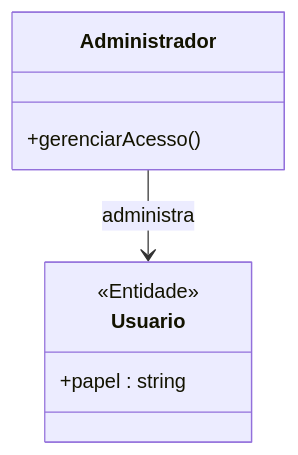
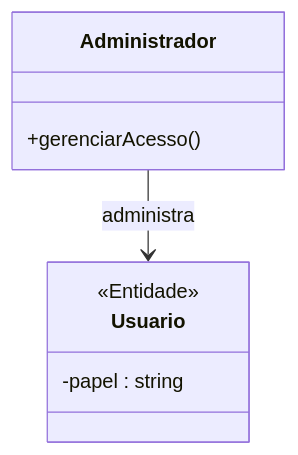
The first of 2 diagrams in 02_Modelagem_UML_Astah/UC04_Gerenciar_Perfis_Acessos/README.md (MayconDIS/PIM_III-Documentacao_UML), drawn with Mermaid before and after one commit. The commit also changed other lines of this file and 14 other files, not shown here.

Commit message:
docs(casos-uso): injeta fluxos normais e alternativos nos READMEs e atualiza mermaid

````diff
--- a/02_Modelagem_UML_Astah/UC04_Gerenciar_Perfis_Acessos/README.md
+++ b/02_Modelagem_UML_Astah/UC04_Gerenciar_Perfis_Acessos/README.md
@@ -41,11 +45,11 @@
 ```mermaid
 classDiagram
     class Administrador {
         +gerenciarAcesso()
     }
     class Usuario {
         <<Entidade>>
-        +papel : string
+        -papel : string
     }
     Administrador --> Usuario : administra
 ```
````
